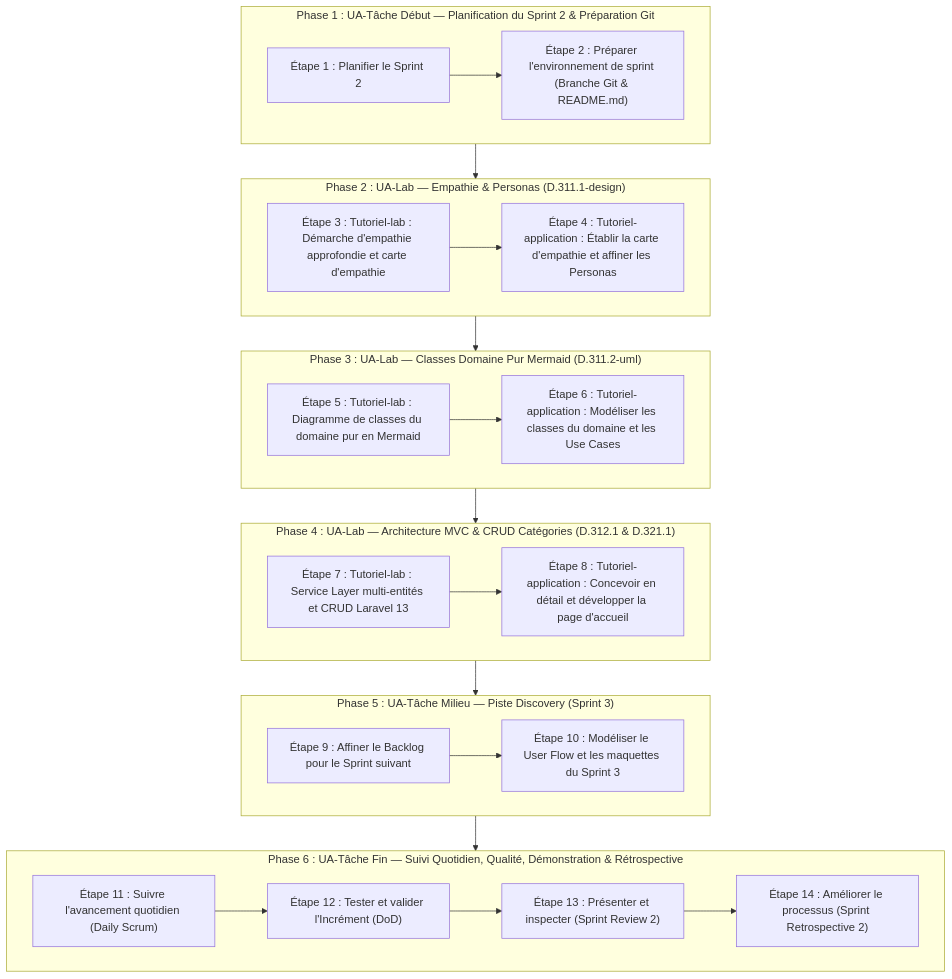
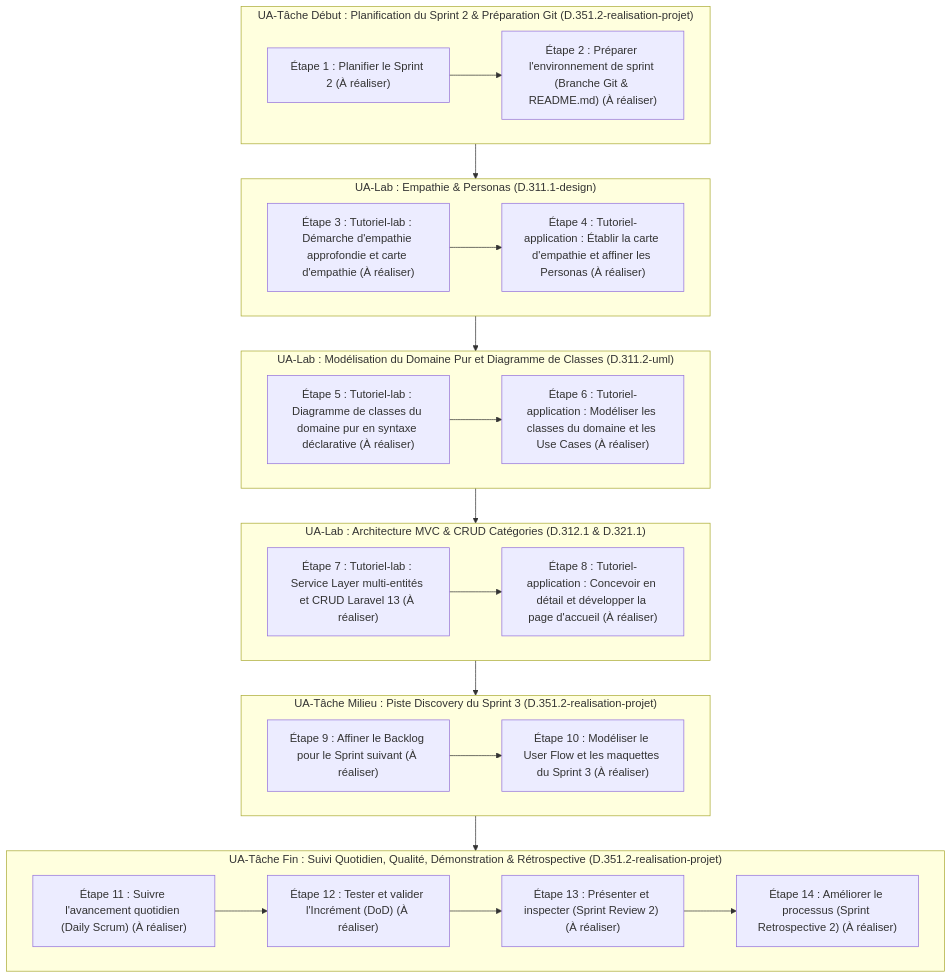
One commit to labs-web/projet-imiation-n3 changed the diagram in flux-travail/sessions/flux-travail-s2.md. Above: the diagram before and after it, drawn with Mermaid. The commit also changed other lines of this file and 8 other files, not shown here.

````diff
--- a/flux-travail/sessions/flux-travail-s2.md
+++ b/flux-travail/sessions/flux-travail-s2.md
@@ -56,42 +69,42 @@
 ```mermaid
 flowchart TD
-    subgraph P1 ["Phase 1 : UA-Tâche Début — Planification du Sprint 2 & Préparation Git"]
-        E1["Étape 1 : Planifier le Sprint 2"]
-        E2["Étape 2 : Préparer l'environnement de sprint (Branche Git & README.md)"]
+    subgraph UA1 ["UA-Tâche Début : Planification du Sprint 2 & Préparation Git (D.351.2-realisation-projet)"]
+        E1["Étape 1 : Planifier le Sprint 2 (À réaliser)"]
+        E2["Étape 2 : Préparer l'environnement de sprint (Branche Git & README.md) (À réaliser)"]
         E1 --> E2
     end
 
-    subgraph P2 ["Phase 2 : UA-Lab — Empathie & Personas (D.311.1-design)"]
-        E3["Étape 3 : Tutoriel-lab : Démarche d'empathie approfondie et carte d'empathie"]
-        E4["Étape 4 : Tutoriel-application : Établir la carte d'empathie et affiner les Personas"]
+    subgraph UA2 ["UA-Lab : Empathie & Personas (D.311.1-design)"]
+        E3["Étape 3 : Tutoriel-lab : Démarche d'empathie approfondie et carte d'empathie (À réaliser)"]
+        E4["Étape 4 : Tutoriel-application : Établir la carte d'empathie et affiner les Personas (À réaliser)"]
         E3 --> E4
     end
 
-    subgraph P3 ["Phase 3 : UA-Lab — Classes Domaine Pur Mermaid (D.311.2-uml)"]
-        E5["Étape 5 : Tutoriel-lab : Diagramme de classes du domaine pur en Mermaid"]
-        E6["Étape 6 : Tutoriel-application : Modéliser les classes du domaine et les Use Cases"]
+    subgraph UA3 ["UA-Lab : Modélisation du Domaine Pur et Diagramme de Classes (D.311.2-uml)"]
+        E5["Étape 5 : Tutoriel-lab : Diagramme de classes du domaine pur en syntaxe déclarative (À réaliser)"]
+        E6["Étape 6 : Tutoriel-application : Modéliser les classes du domaine et les Use Cases (À réaliser)"]
         E5 --> E6
     end
 
-    subgraph P4 ["Phase 4 : UA-Lab — Architecture MVC & CRUD Catégories (D.312.1 & D.321.1)"]
-        E7["Étape 7 : Tutoriel-lab : Service Layer multi-entités et CRUD Laravel 13"]
-        E8["Étape 8 : Tutoriel-application : Concevoir en détail et développer la page d'accueil"]
+    subgraph UA4 ["UA-Lab : Architecture MVC & CRUD Catégories (D.312.1 & D.321.1)"]
+        E7["Étape 7 : Tutoriel-lab : Service Layer multi-entités et CRUD Laravel 13 (À réaliser)"]
+        E8["Étape 8 : Tutoriel-application : Concevoir en détail et développer la page d'accueil (À réaliser)"]
         E7 --> E8
     end
 
-    subgraph P5 ["Phase 5 : UA-Tâche Milieu — Piste Discovery (Sprint 3)"]
-        E9["Étape 9 : Affiner le Backlog pour le Sprint suivant"]
-        E10["Étape 10 : Modéliser le User Flow et les maquettes du Sprint 3"]
+    subgraph UA5 ["UA-Tâche Milieu : Piste Discovery du Sprint 3 (D.351.2-realisation-projet)"]
+        E9["Étape 9 : Affiner le Backlog pour le Sprint suivant (À réaliser)"]
+        E10["Étape 10 : Modéliser le User Flow et les maquettes du Sprint 3 (À réaliser)"]
         E9 --> E10
     end
 
-    subgraph P6 ["Phase 6 : UA-Tâche Fin — Suivi Quotidien, Qualité, Démonstration & Rétrospective"]
-        E11["Étape 11 : Suivre l'avancement quotidien (Daily Scrum)"]
-        E12["Étape 12 : Tester et valider l'Incrément (DoD)"]
-        E13["Étape 13 : Présenter et inspecter (Sprint Review 2)"]
-        E14["Étape 14 : Améliorer le processus (Sprint Retrospective 2)"]
+    subgraph UA6 ["UA-Tâche Fin : Suivi Quotidien, Qualité, Démonstration & Rétrospective (D.351.2-realisation-projet)"]
+        E11["Étape 11 : Suivre l'avancement quotidien (Daily Scrum) (À réaliser)"]
+        E12["Étape 12 : Tester et valider l'Incrément (DoD) (À réaliser)"]
+        E13["Étape 13 : Présenter et inspecter (Sprint Review 2) (À réaliser)"]
+        E14["Étape 14 : Améliorer le processus (Sprint Retrospective 2) (À réaliser)"]
         E11 --> E12 --> E13 --> E14
     end
 
-    P1 --> P2 --> P3 --> P4 --> P5 --> P6
+    UA1 --> UA2 --> UA3 --> UA4 --> UA5 --> UA6
 ```
````
